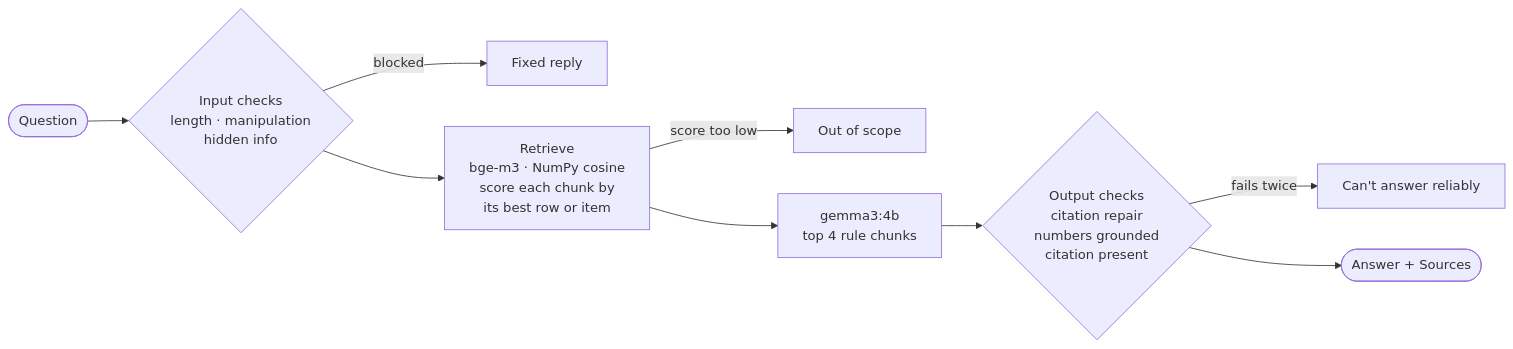
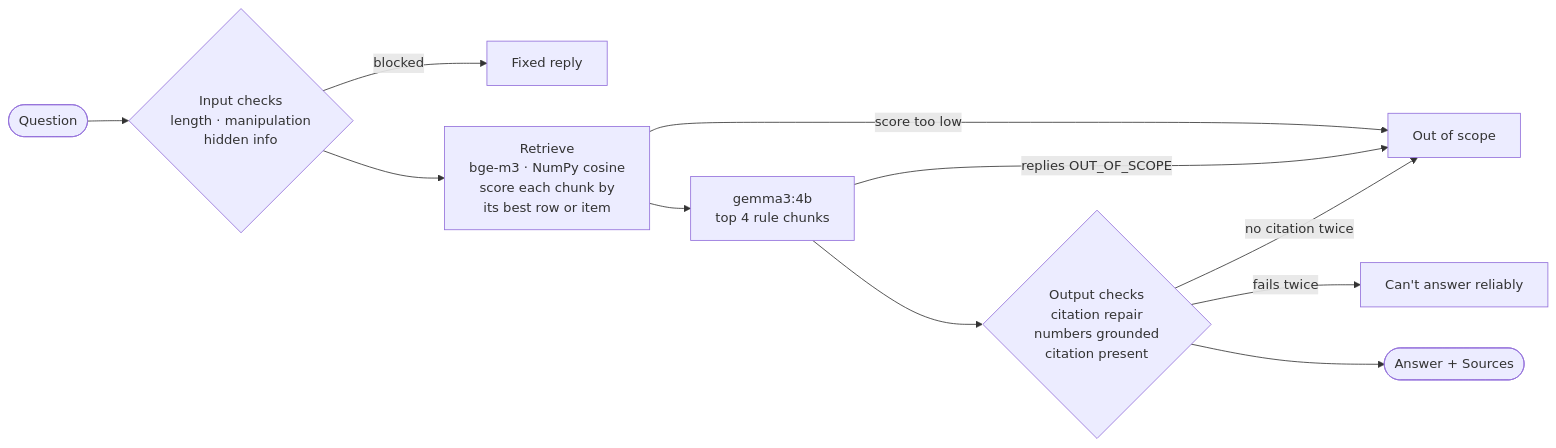
The diagram in README.md (punkharb/midterm-chatbot), drawn with Mermaid before and after one commit. The commit also changed other lines of this file and 5 other files, not shown here.

````diff
--- a/README.md
+++ b/README.md
@@ -57,11 +57,13 @@
 ```mermaid
 flowchart LR
     Q([Question]) --> IN{Input checks<br/>length · manipulation<br/>hidden info}
     IN -- blocked --> FIX[Fixed reply]
     IN --> RET[Retrieve<br/>bge-m3 · NumPy cosine<br/>score each chunk by<br/>its best row or item]
     RET -- score too low --> OOS[Out of scope]
     RET --> LLM[gemma3:4b<br/>top 4 rule chunks]
+    LLM -- replies OUT_OF_SCOPE --> OOS
     LLM --> OUT{Output checks<br/>citation repair<br/>numbers grounded<br/>citation present}
+    OUT -- no citation twice --> OOS
     OUT -- fails twice --> UNR[Can't answer reliably]
     OUT --> A([Answer + Sources])
 ```
````
